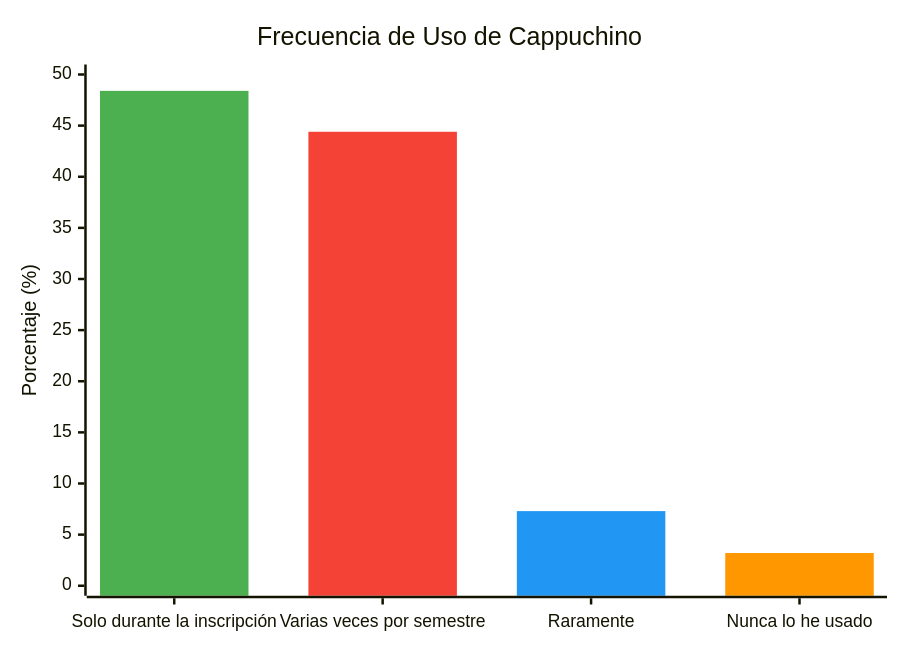
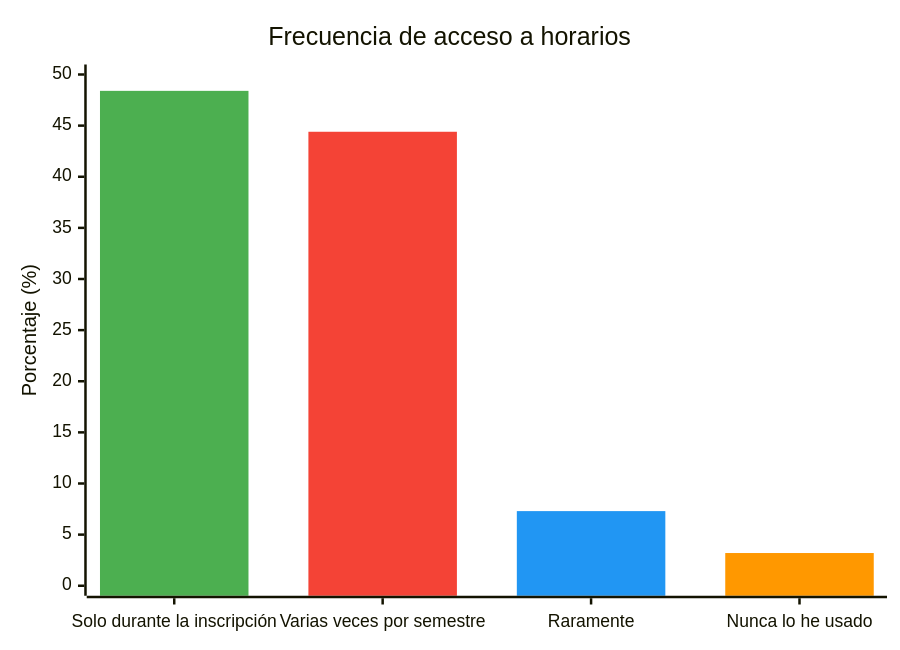
Before and after one commit to smith-3/Taller-Grado-II: the diagram in images/diagrams/encuesta_uso_capuchino.mmd, drawn with Mermaid. The commit also changed 34 other files, not shown here.

```diff
--- a/images/diagrams/encuesta_uso_capuchino.mmd
+++ b/images/diagrams/encuesta_uso_capuchino.mmd
@@ -1,20 +1,20 @@
 %%{init: {
   'theme': 'default',
   'themeVariables': {
     'xyChart': {
       'plotColorPalette': '#4CAF50, #F44336, #2196F3, #FF9800'
     }
   }
 }}%%
 xychart-beta
-    title "Frecuencia de Uso de Cappuchino"
+    title "Frecuencia de acceso a horarios"
     x-axis ["Solo durante la inscripción", "Varias veces por semestre", "Raramente", "Nunca lo he usado"]
     y-axis "Porcentaje (%)" 0 --> 50
     %% Solo durante la inscripción -> verde
     bar [48.4, -1.9, -1.9, -1.9]
     %% Varias veces por semestre -> rojo
     bar [-1.9, 44.4, -1.9, -1.9]
     %% Raramente -> azul
     bar [-1.9, -1.9, 7.3, -1.9]
     %% Nunca lo he usado -> naranja
     bar [-1.9, -1.9, -1.9, 3.2]
```
